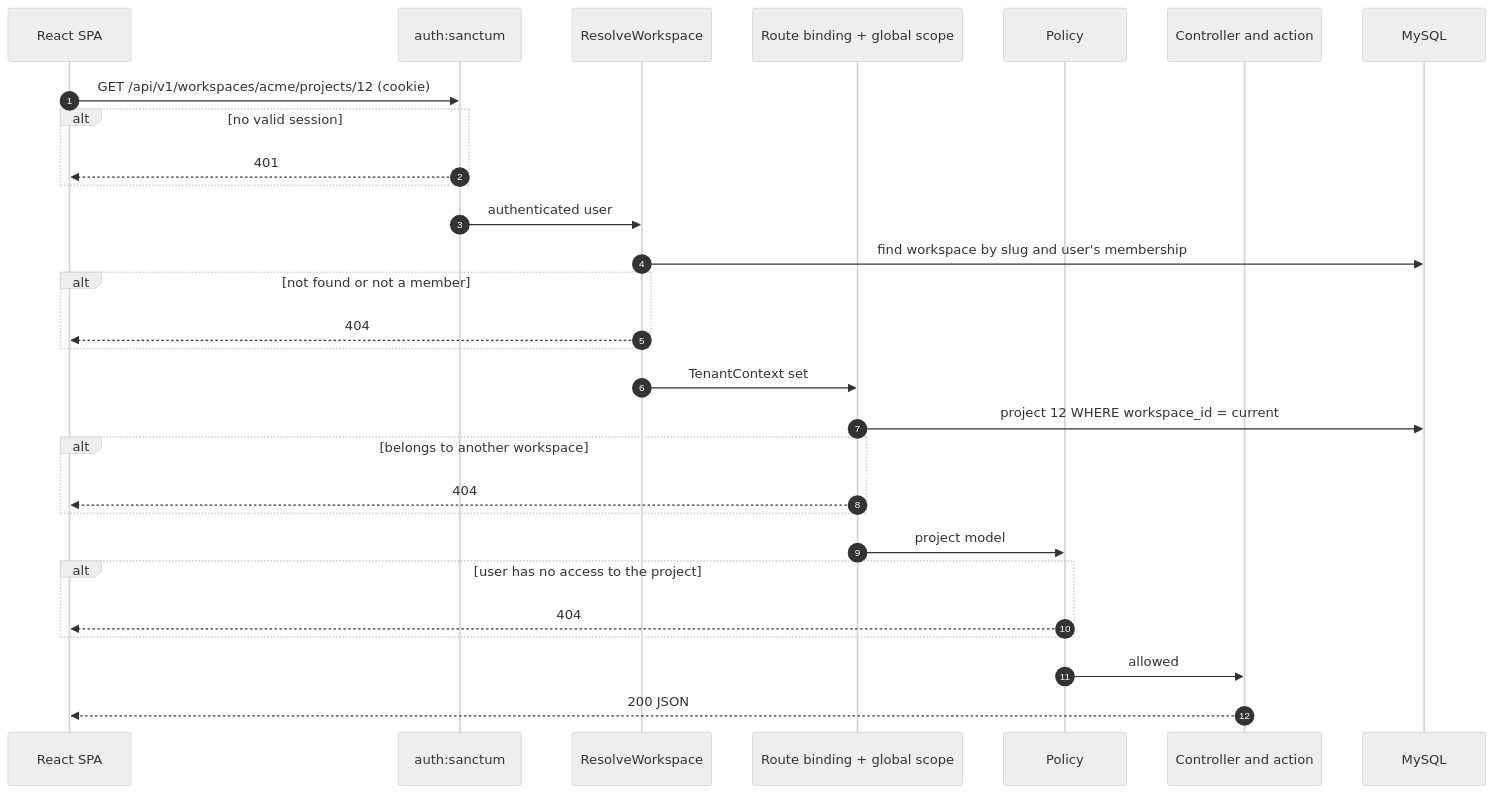
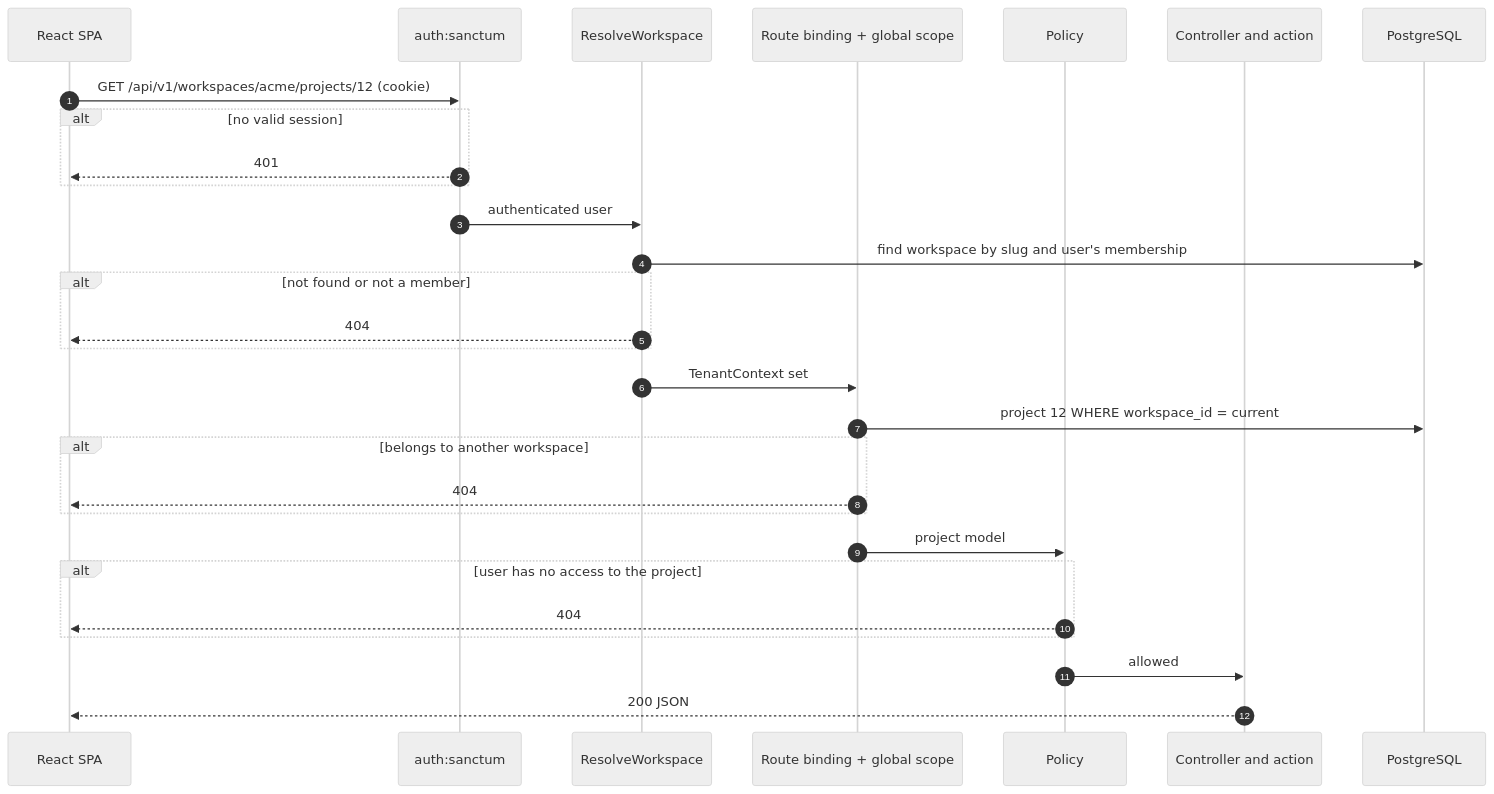
The second of 2 diagrams in docs/02-system-architecture.md (Martins-Code/workflow), drawn with Mermaid (neutral theme) before and after one commit. The commit also changed other lines of this file and 6 other files, not shown here.

Commit message:
docs: switch to PostgreSQL and add demo mailbox strategy

````diff
--- a/docs/02-system-architecture.md
+++ b/docs/02-system-architecture.md
@@ -159,32 +168,32 @@
 ```mermaid
 sequenceDiagram
     autonumber
     participant SPA as React SPA
     participant Auth as auth:sanctum
     participant Tenant as ResolveWorkspace
     participant Bind as Route binding + global scope
     participant Policy as Policy
     participant Ctrl as Controller and action
-    participant DB as MySQL
+    participant DB as PostgreSQL
 
     SPA->>Auth: GET /api/v1/workspaces/acme/projects/12 (cookie)
     alt no valid session
         Auth-->>SPA: 401
     end
     Auth->>Tenant: authenticated user
     Tenant->>DB: find workspace by slug and user's membership
     alt not found or not a member
         Tenant-->>SPA: 404
     end
     Tenant->>Bind: TenantContext set
     Bind->>DB: project 12 WHERE workspace_id = current
     alt belongs to another workspace
         Bind-->>SPA: 404
     end
     Bind->>Policy: project model
     alt user has no access to the project
         Policy-->>SPA: 404
     end
     Policy->>Ctrl: allowed
     Ctrl-->>SPA: 200 JSON
 ```
````
